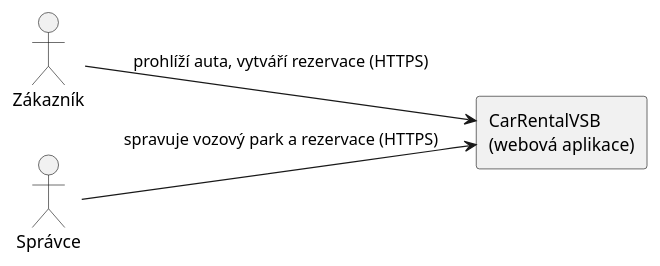
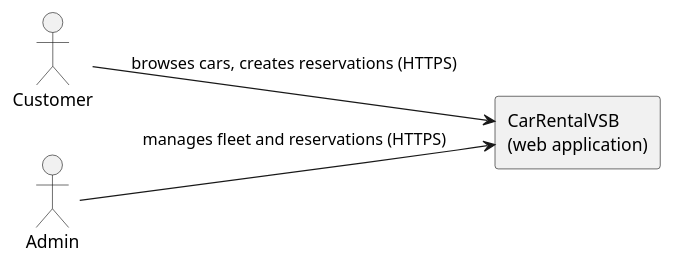
The diagram in docs/diagrams/context-v1.puml (DavidMagyarics/CarRentalVSB), drawn with PlantUML before and after one commit. The commit also changed 25 other files, not shown here.

```diff
--- a/docs/diagrams/context-v1.puml
+++ b/docs/diagrams/context-v1.puml
@@ -1,11 +1,11 @@
 @startuml context-v1
 left to right direction
 skinparam backgroundColor white
 
-actor "Zákazník" as zakaznik
-actor "Správce" as admin
-rectangle "CarRentalVSB\n(webová aplikace)" as app
+actor "Customer" as customer
+actor "Admin" as admin
+rectangle "CarRentalVSB\n(web application)" as app
 
-zakaznik --> app : prohlíží auta, vytváří rezervace (HTTPS)
-admin --> app : spravuje vozový park a rezervace (HTTPS)
+customer --> app : browses cars, creates reservations (HTTPS)
+admin --> app : manages fleet and reservations (HTTPS)
 @enduml
```
